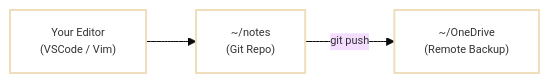
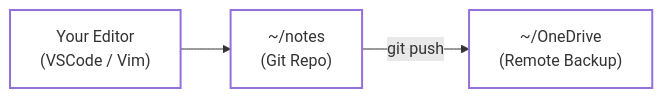
Before and after one commit to charnley/blog: the first of 2 diagrams in _drafts/2025-12-04-note-taking-for-programmers-zk-vscode-vim.md, drawn with Mermaid. The commit also changed other lines of this file, not shown here.

````diff
--- a/_drafts/2025-12-04-note-taking-for-programmers-zk-vscode-vim.md
+++ b/_drafts/2025-12-04-note-taking-for-programmers-zk-vscode-vim.md
@@ -131,23 +138,14 @@
 ```mermaid
-
-%%{init: {
-  "theme": "base",
-  "themeVariables": {
-    "fontFamily": "Mononoki, Monaco, mono",
-    "fontSize": "11px",
-    "lineHeight": "1.2"
-  }
-}}%%
 
 flowchart LR
     Editor["Your Editor<br />(VSCode / Vim)"]
     Notes["~/notes<br />(Git Repo)"]
     OneDrive["~/OneDrive<br/>(Remote Backup)"]
 
     Editor --> Notes
     Notes -->|git push| OneDrive
 
     classDef default stroke-width:2px;
     classDef default fill: transparent;
 
 ```
````
